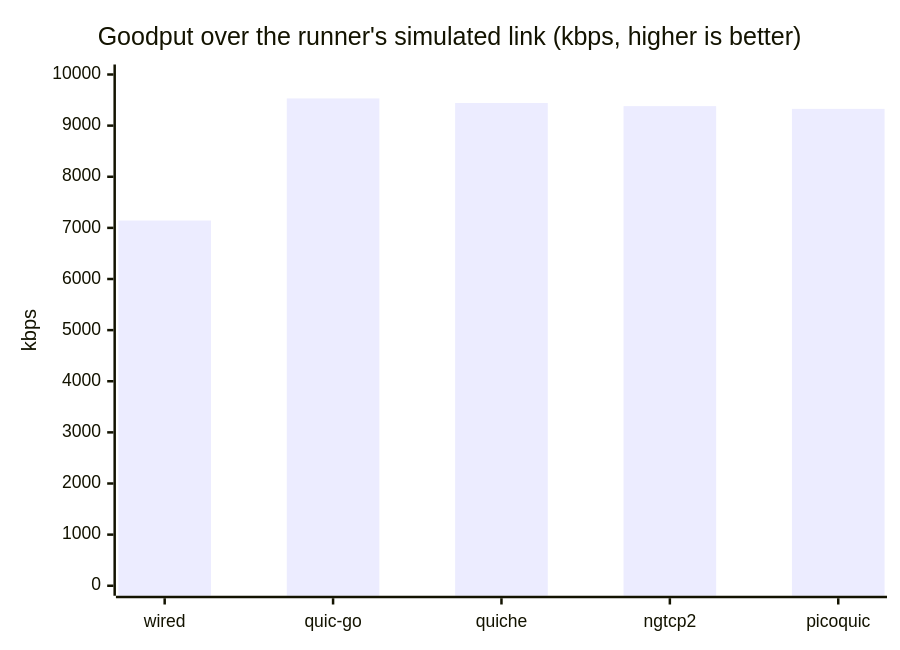
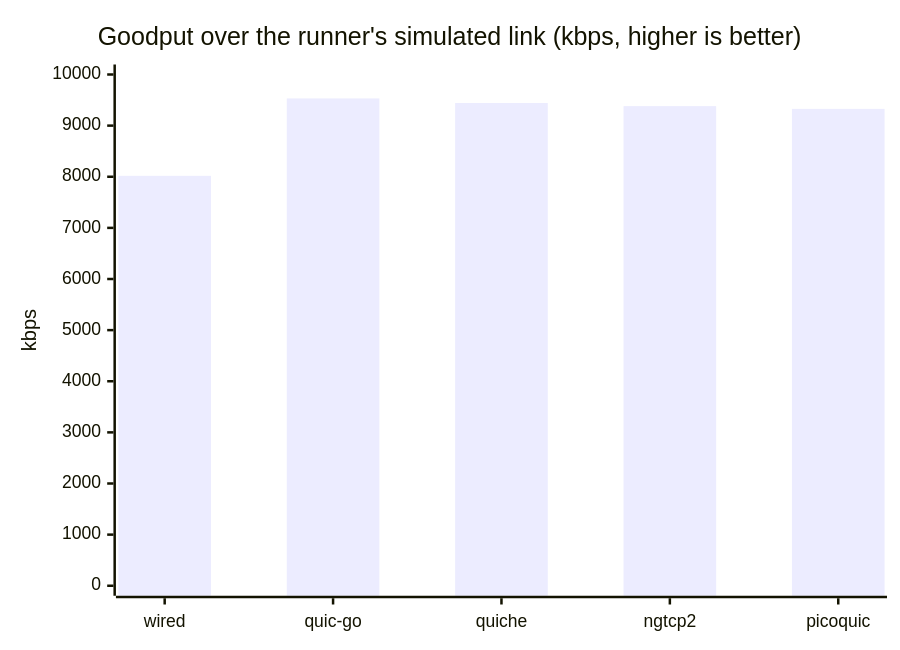
Before and after one commit to Hakkadaikon/wired: the first of 4 diagrams in docs/comparison.md, drawn with Mermaid. The commit also changed other lines of this file, not shown here.

````diff
--- a/docs/comparison.md
+++ b/docs/comparison.md
@@ -68,7 +69,7 @@
 ```mermaid
 xychart-beta
     title "Goodput over the runner's simulated link (kbps, higher is better)"
     x-axis ["wired", "quic-go", "quiche", "ngtcp2", "picoquic"]
     y-axis "kbps" 0 --> 10000
-    bar [7144, 9532, 9443, 9381, 9328]
+    bar [8018, 9532, 9443, 9381, 9328]
 ```
````
